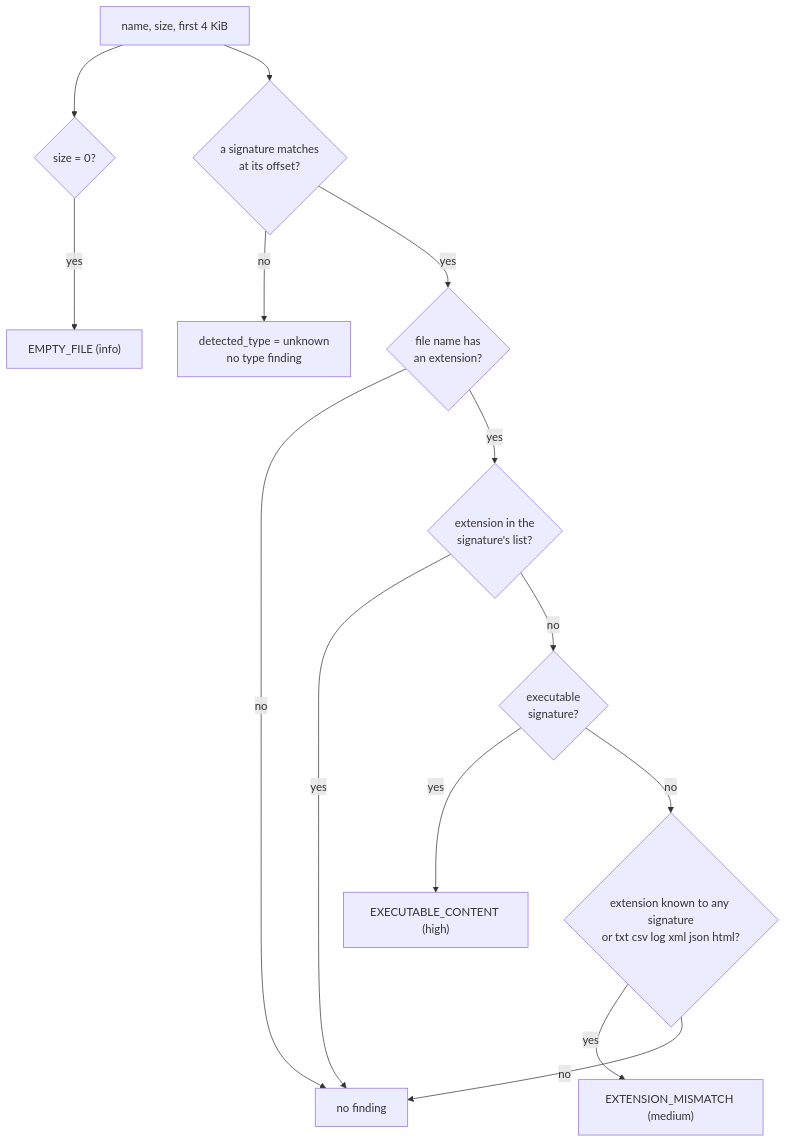
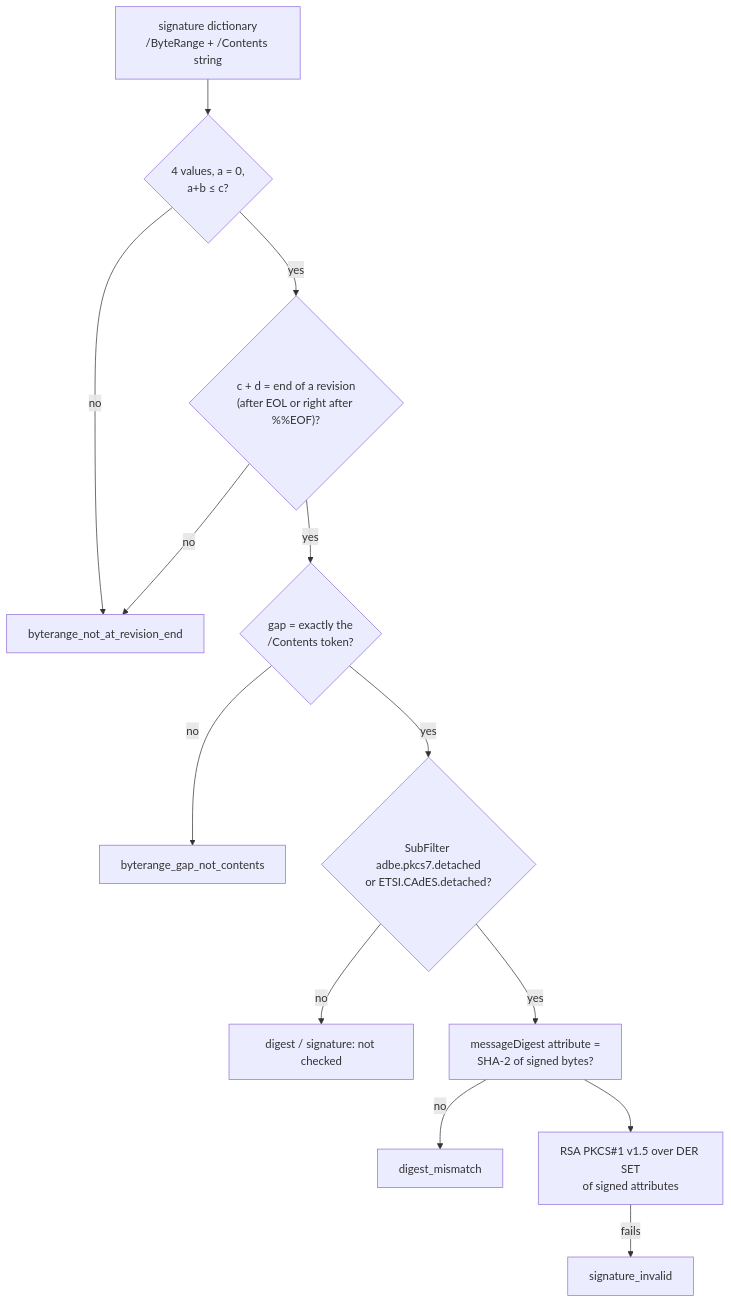
Before and after one commit to Panacota96/rv-imgauth: diagram 11 of 16 in docs/theory.md, drawn with Mermaid. The commit also changed other lines of this file and 84 other files, not shown here.

````diff
--- a/docs/theory.md
+++ b/docs/theory.md
@@ -372,16 +630,15 @@
 ```mermaid
 flowchart TB
-    S["name, size, first 4 KiB"] --> Z{"size = 0?"}
-    Z -->|yes| E0["EMPTY_FILE (info)"]
-    S --> D{"a signature matches<br/>at its offset?"}
-    D -->|no| U["detected_type = unknown<br/>no type finding"]
-    D -->|yes| X{"file name has<br/>an extension?"}
-    X -->|no| N["no finding"]
-    X -->|yes| L{"extension in the<br/>signature's list?"}
-    L -->|yes| N
-    L -->|no| P{"executable<br/>signature?"}
-    P -->|yes| H["EXECUTABLE_CONTENT (high)"]
-    P -->|no| K{"extension known to any signature<br/>or txt csv log xml json html?"}
-    K -->|yes| M["EXTENSION_MISMATCH (medium)"]
-    K -->|no| N
+    S["signature dictionary<br/>/ByteRange + /Contents string"] --> R{"4 values, a = 0,<br/>a+b ≤ c?"}
+    R -->|no| F1["byterange_not_at_revision_end"]
+    R -->|yes| E{"c + d = end of a revision<br/>(after EOL or right after %%EOF)?"}
+    E -->|no| F1
+    E -->|yes| G{"gap = exactly the<br/>/Contents token?"}
+    G -->|no| F2["byterange_gap_not_contents"]
+    G -->|yes| C{"SubFilter adbe.pkcs7.detached<br/>or ETSI.CAdES.detached?"}
+    C -->|no| NC["digest / signature: not checked"]
+    C -->|yes| D["messageDigest attribute =<br/>SHA-2 of signed bytes?"]
+    D -->|no| F3["digest_mismatch"]
+    D --> V["RSA PKCS#1 v1.5 over DER SET<br/>of signed attributes"]
+    V -->|fails| F4["signature_invalid"]
 ```
````
